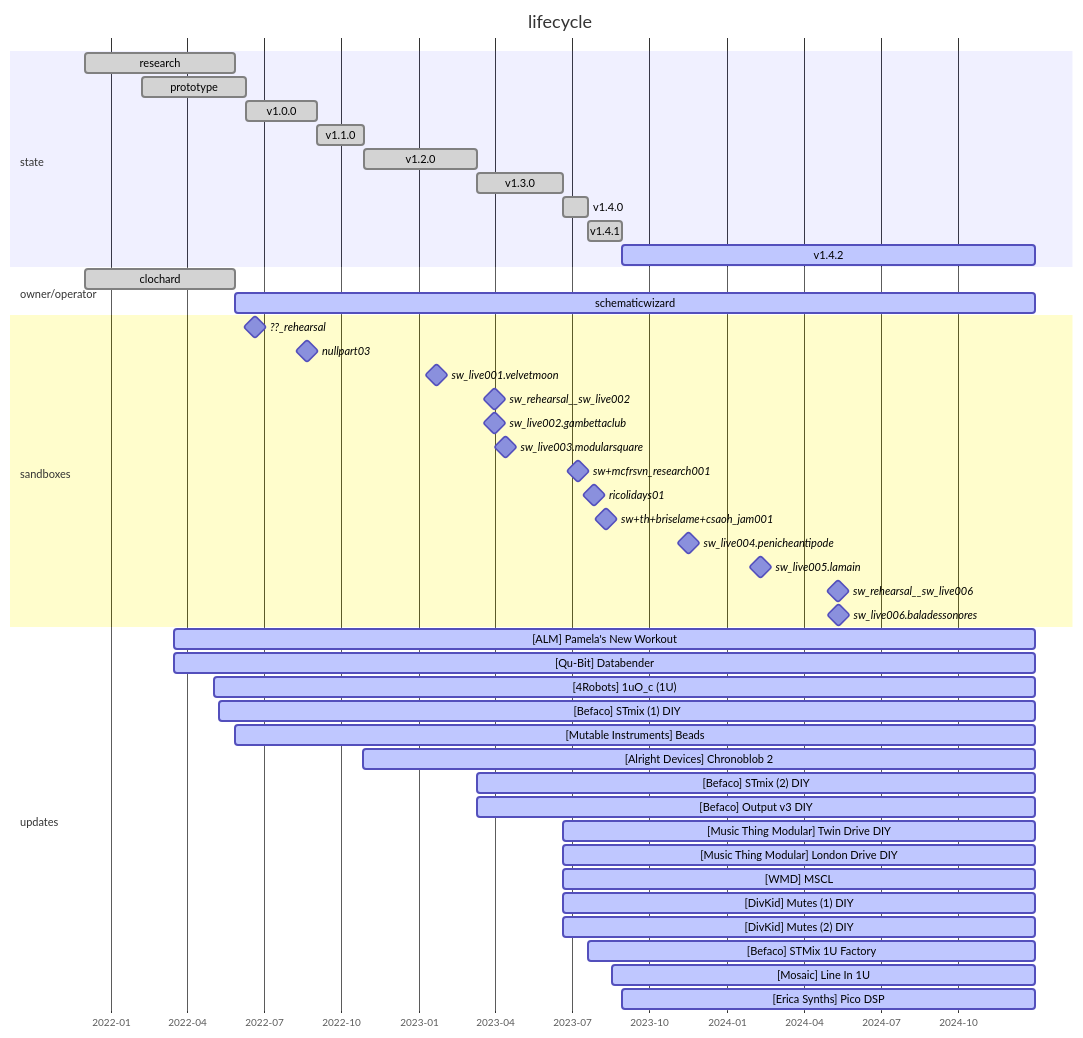
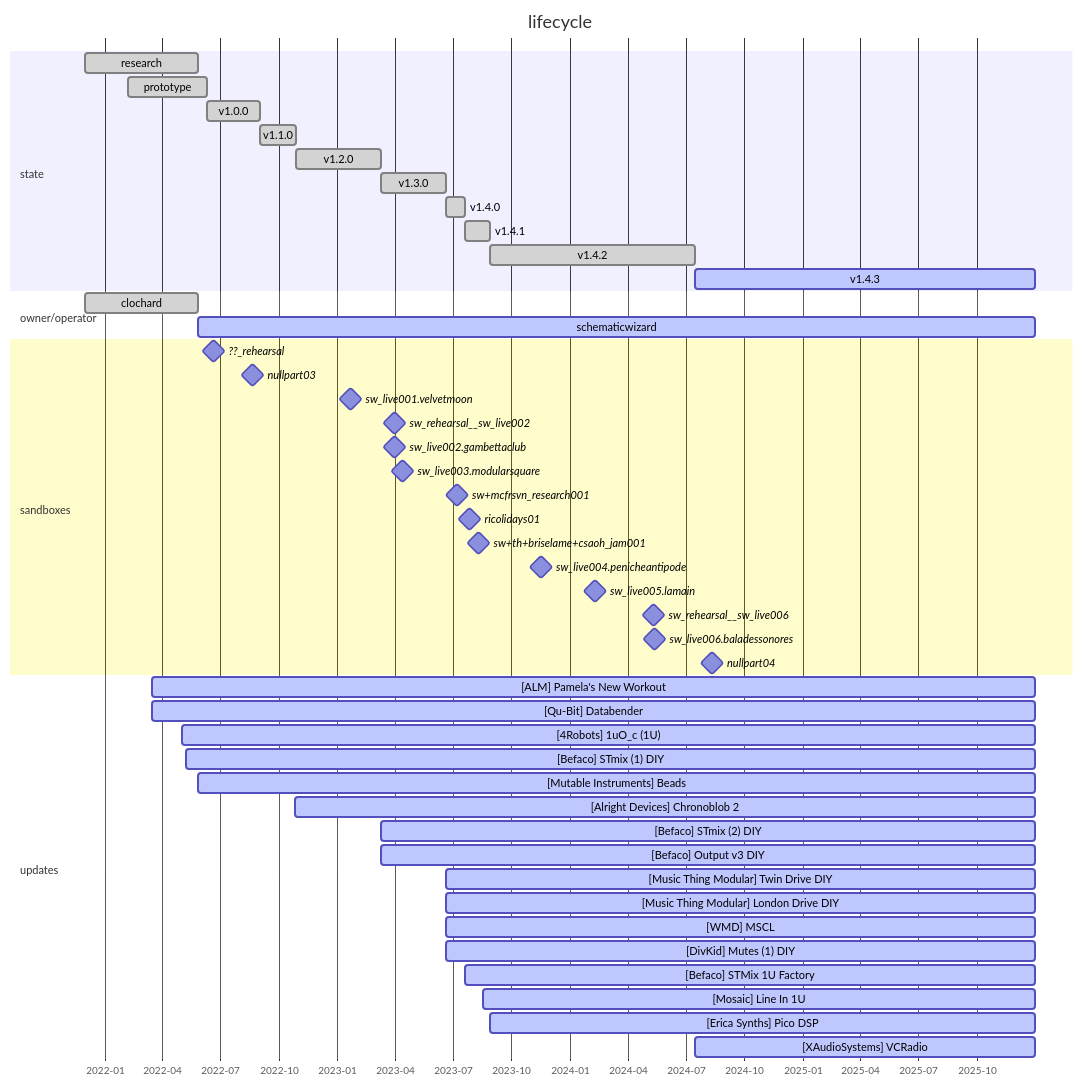
One commit to bill-of-materials/data changed the diagram in ELEMENTS/ELM-0004/README.md. Above: the diagram before and after it, drawn with Mermaid. The commit also changed other lines of this file and 4 other files, not shown here.

````diff
--- a/ELEMENTS/ELM-0004/README.md
+++ b/ELEMENTS/ELM-0004/README.md
@@ -119,56 +132,58 @@
 ``` mermaid
 gantt
   todayMarker off
 
   title         lifecycle
   dateFormat    YYYY-MM-DD
   axisFormat    %Y-%m
 
   section state
   research   :done,      2021-12-01, 2022-05-28
   prototype  :done,      2022-02-07, 2022-06-10
   v1.0.0     :done,      2022-06-10, 2022-09-02
   v1.1.0     :done,      2022-09-02, 2022-10-28
   v1.2.0     :done,      2022-10-28, 2023-03-11
   v1.3.0     :done,      2023-03-11, 2023-06-20
   v1.4.0     :done,      2023-06-20, 2023-07-20
   v1.4.1     :done,      2023-07-20, 2023-08-29
-  v1.4.2     :active,    2023-08-29, 2024-12-31
+  v1.4.2     :done,      2023-08-29, 2024-07-15
+  v1.4.3     :active,    2024-07-15, 2025-12-31
 
   section owner/operator
   clochard          :done,      2021-12-01, 2022-05-28
-  schematicwizard   :active,    2022-05-28, 2024-12-31
+  schematicwizard   :active,    2022-05-28, 2025-12-31
 
   section sandboxes
   ??_rehearsal                 :milestone, 2022-06-20, 1d
   nullpart03                   :milestone, 2022-08-14, 2022-08-28
   sw_live001.velvetmoon        :milestone, 2023-01-21, 1d
   sw_rehearsal__sw_live002     :milestone, 2023-03-31, 1d
   sw_live002.gambettaclub      :milestone, 2023-03-31, 1d
   sw_live003.modularsquare     :milestone, 2023-04-13, 1d
   sw+mcfrsvn_research001       :milestone, 2023-07-07, 2d
   ricolidays01                 :milestone, 2023-07-24, 2023-07-31
   sw+th+briselame+csaoh_jam001 :milestone, 2023-08-10, 1d
   sw_live004.penicheantipode   :milestone, 2023-11-16, 1d
   sw_live005.lamain            :milestone, 2024-02-09, 1d
   sw_rehearsal__sw_live006     :milestone, 2024-05-11, 1d
   sw_live006.baladessonores    :milestone, 2024-05-12, 1d
+  nullpart04                   :milestone, 2024-08-05, 2024-08-18
 
   section updates
-  [ALM] Pamela's New Workout                    :active,    2022-03-16, 2024-12-31
-  [Qu-Bit] Databender                           :active,    2022-03-16, 2024-12-31
-  [4Robots] 1uO_c (1U)                          :active,    2022-05-03, 2024-12-31
-  [Befaco] STmix (1) DIY                        :active,    2022-05-09, 2024-12-31
-  [Mutable Instruments] Beads                   :active,    2022-05-28, 2024-12-31
-  [Alright Devices] Chronoblob 2                :active,    2022-10-26, 2024-12-31
-  [Befaco] STmix (2) DIY                        :active,    2023-03-11, 2024-12-31
-  [Befaco] Output v3 DIY                        :active,    2023-03-11, 2024-12-31
-  [Music Thing Modular] Twin Drive DIY          :active,    2023-06-20, 2024-12-31
-  [Music Thing Modular] London Drive DIY        :active,    2023-06-20, 2024-12-31
-  [WMD] MSCL                                    :active,    2023-06-20, 2024-12-31
-  [DivKid] Mutes (1) DIY                        :active,    2023-06-20, 2024-12-31
-  [DivKid] Mutes (2) DIY                        :active,    2023-06-20, 2024-12-31
-  [Befaco] STMix 1U Factory                     :active,    2023-07-20, 2024-12-31
-  [Mosaic] Line In 1U                           :active,    2023-08-18, 2024-12-31
-  [Erica Synths] Pico DSP                       :active,    2023-08-29, 2024-12-31
+  [ALM] Pamela's New Workout                    :active,    2022-03-16, 2025-12-31
+  [Qu-Bit] Databender                           :active,    2022-03-16, 2025-12-31
+  [4Robots] 1uO_c (1U)                          :active,    2022-05-03, 2025-12-31
+  [Befaco] STmix (1) DIY                        :active,    2022-05-09, 2025-12-31
+  [Mutable Instruments] Beads                   :active,    2022-05-28, 2025-12-31
+  [Alright Devices] Chronoblob 2                :active,    2022-10-26, 2025-12-31
+  [Befaco] STmix (2) DIY                        :active,    2023-03-11, 2025-12-31
+  [Befaco] Output v3 DIY                        :active,    2023-03-11, 2025-12-31
+  [Music Thing Modular] Twin Drive DIY          :active,    2023-06-20, 2025-12-31
+  [Music Thing Modular] London Drive DIY        :active,    2023-06-20, 2025-12-31
+  [WMD] MSCL                                    :active,    2023-06-20, 2025-12-31
+  [DivKid] Mutes (1) DIY                        :active,    2023-06-20, 2025-12-31
+  [Befaco] STMix 1U Factory                     :active,    2023-07-20, 2025-12-31
+  [Mosaic] Line In 1U                           :active,    2023-08-18, 2025-12-31
+  [Erica Synths] Pico DSP                       :active,    2023-08-29, 2025-12-31
+  [XAudioSystems] VCRadio                       :active,    2024-07-15, 2025-12-31
 ```
````
